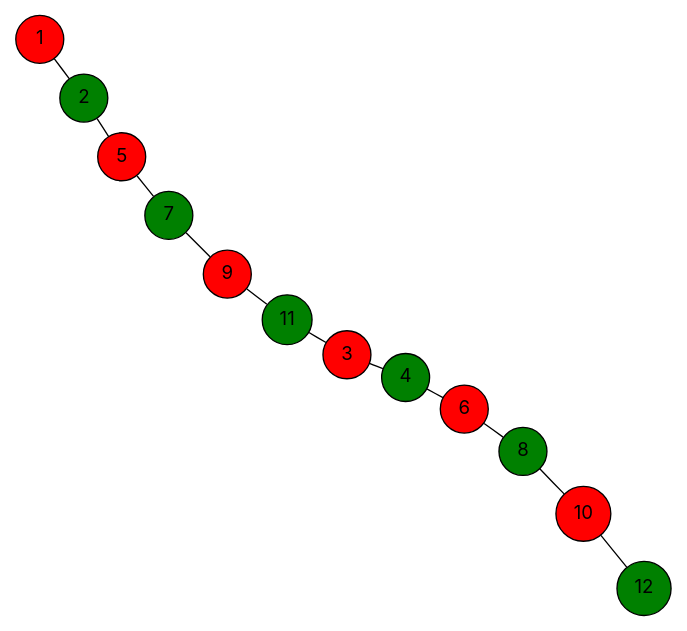
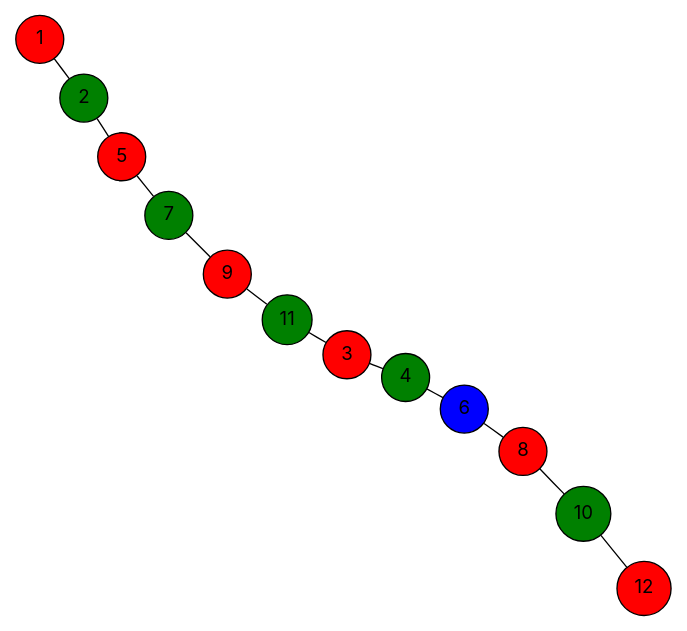
One commit to vercah/vertex-coloring changed the diagram in data/final-dots/easy-06-sequential.dot. Above: the diagram before and after it, drawn with Graphviz. The commit also changed 106 other files, not shown here.

```diff
--- a/data/final-dots/easy-06-sequential.dot
+++ b/data/final-dots/easy-06-sequential.dot
@@ -1,29 +1,29 @@
 graph G {
   layout=neato;
   overlap=false;
   splines=true;
   node [shape=circle, style=filled, fontname=Inter];
   1 [label="1", fillcolor="red", tooltip="v1 color 0"];
   2 [label="2", fillcolor="green", tooltip="v2 color 1"];
   3 [label="3", fillcolor="red", tooltip="v3 color 0"];
   4 [label="4", fillcolor="green", tooltip="v4 color 1"];
   5 [label="5", fillcolor="red", tooltip="v5 color 0"];
-  6 [label="6", fillcolor="red", tooltip="v6 color 0"];
+  6 [label="6", fillcolor="blue", tooltip="v6 color 2"];
   7 [label="7", fillcolor="green", tooltip="v7 color 1"];
-  8 [label="8", fillcolor="green", tooltip="v8 color 1"];
+  8 [label="8", fillcolor="red", tooltip="v8 color 0"];
   9 [label="9", fillcolor="red", tooltip="v9 color 0"];
-  10 [label="10", fillcolor="red", tooltip="v10 color 0"];
+  10 [label="10", fillcolor="green", tooltip="v10 color 1"];
   11 [label="11", fillcolor="green", tooltip="v11 color 1"];
-  12 [label="12", fillcolor="green", tooltip="v12 color 1"];
+  12 [label="12", fillcolor="red", tooltip="v12 color 0"];
   1 -- 2;
   2 -- 5;
   3 -- 4;
   3 -- 11;
   4 -- 6;
   5 -- 7;
   6 -- 8;
   7 -- 9;
   8 -- 10;
   9 -- 11;
   10 -- 12;
 }
```
